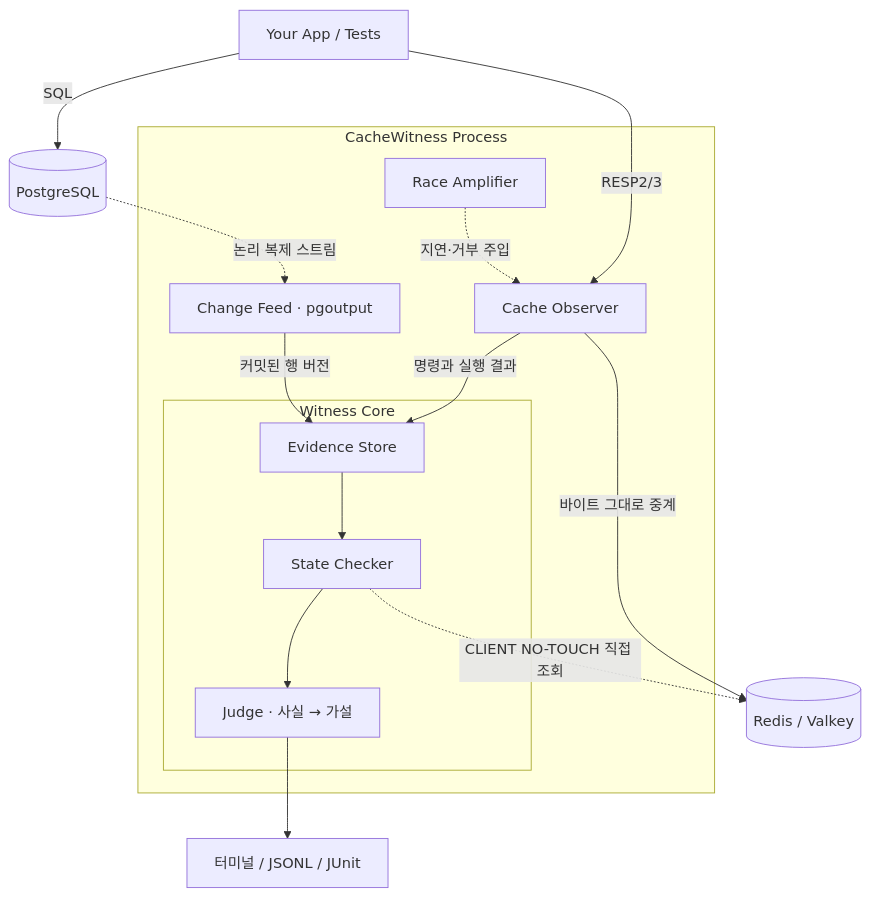
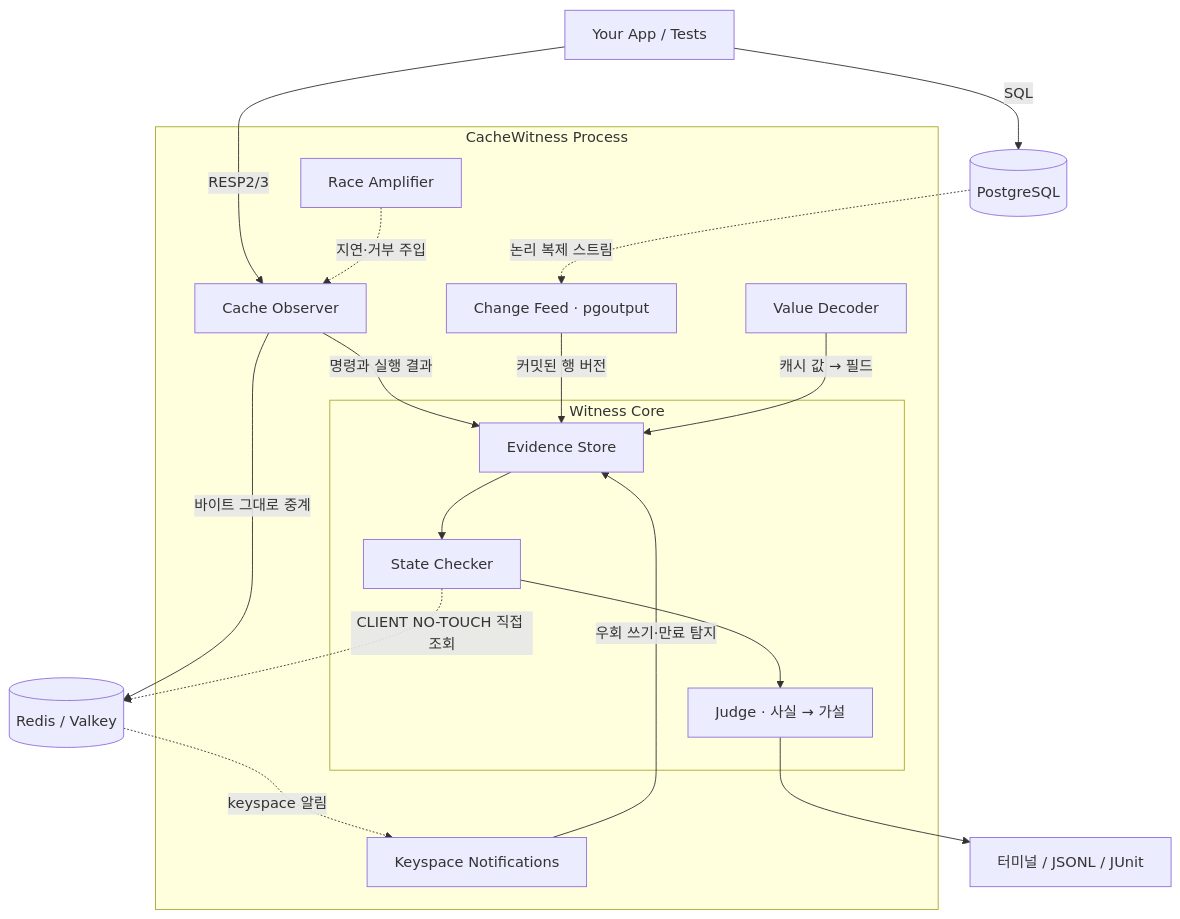
Before and after one commit to AsyncNomad/CacheWitness: the diagram in docs/readme/README_ko.md, drawn with Mermaid. The commit also changed other lines of this file and 3 other files, not shown here.

````diff
--- a/docs/readme/README_ko.md
+++ b/docs/readme/README_ko.md
@@ -199,27 +203,32 @@
 ```mermaid
 graph TD
     App[Your App / Tests] -->|RESP2/3| Observer
     App -->|SQL| PG[(PostgreSQL)]
 
     subgraph Process [CacheWitness Process]
         Observer[Cache Observer]
         Feed[Change Feed · pgoutput]
+        Notif[Keyspace Notifications]
+        Decode[Value Decoder]
         Amp[Race Amplifier]
 
         subgraph Core [Witness Core]
             Store[Evidence Store]
             Checker[State Checker]
             Judge[Judge · 사실 → 가설]
         end
 
         Observer -->|명령과 실행 결과| Store
         Feed -->|커밋된 행 버전| Store
+        Notif -->|우회 쓰기·만료 탐지| Store
+        Decode -->|캐시 값 → 필드| Store
         Store --> Checker --> Judge
         Amp -.->|지연·거부 주입| Observer
     end
 
     Observer -->|바이트 그대로 중계| Redis[(Redis / Valkey)]
     PG -.->|논리 복제 스트림| Feed
+    Redis -.->|keyspace 알림| Notif
     Checker -.->|CLIENT NO-TOUCH 직접 조회| Redis
     Judge --> Report[터미널 / JSONL / JUnit]
 ```
````
